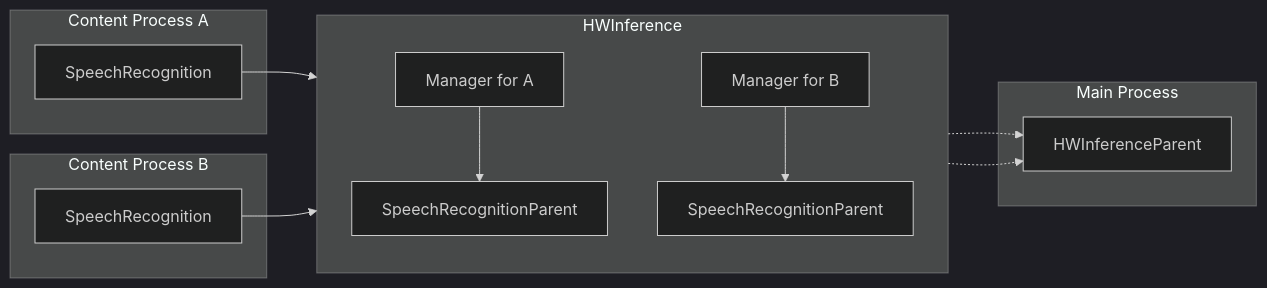
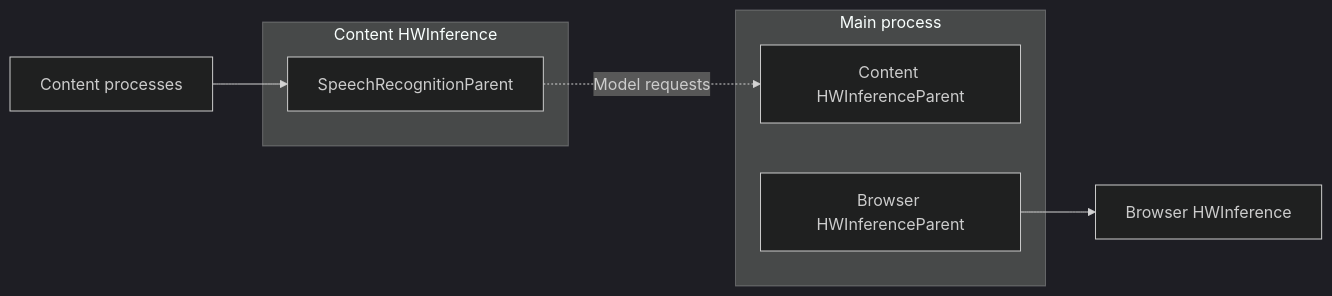
One commit to marco-c/gecko-dev-comments-removed changed the first of 3 diagrams in toolkit/components/ml/docs/HWInference.md. Above: the diagram before and after it, drawn with Mermaid (dark theme). The commit also changed other lines of this file and 12 other files, not shown here.

First line of the commit message:
Bug 2070199 - Part 3: Add HWInferenceProcess and the browser HWInference process r=nika,gregtatum,ai-platform-reviewers

````diff
--- a/toolkit/components/ml/docs/HWInference.md
+++ b/toolkit/components/ml/docs/HWInference.md
@@ -89,23 +95,14 @@
 ```{mermaid}
-%%{init: {"flowchart": {"htmlLabels": false}}}%%
 flowchart LR
-  subgraph CP1[Content Process A]
-    SR1[SpeechRecognition]
+  CP[Content processes] --> SR[SpeechRecognitionParent]
+  subgraph ContentHW[Content HWInference]
+    SR
   end
-  subgraph CP2[Content Process B]
-    SR2[SpeechRecognition]
+  subgraph Main[Main process]
+    CHP[Content HWInferenceParent]
+    BHP[Browser HWInferenceParent]
   end
-  subgraph HWC["HWInference"]
-    direction TB
-    HMP1[Manager for A] --> SRP1[SpeechRecognitionParent]
-    HMP2[Manager for B] --> SRP2[SpeechRecognitionParent]
-  end
-  subgraph MP[Main Process]
-    HWP["HWInferenceParent"]
-  end
-
-  SR1 --> HMP1
-  SR2 --> HMP2
-  SRP1 -.-> HWP
-  SRP2 -.-> HWP
+  BrowserHW[Browser HWInference]
+  SR -. Model requests .-> CHP
+  BHP --> BrowserHW
 ```
````
